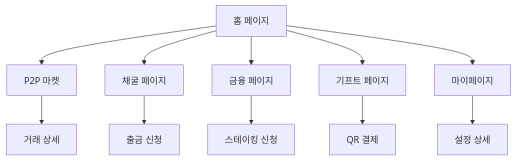
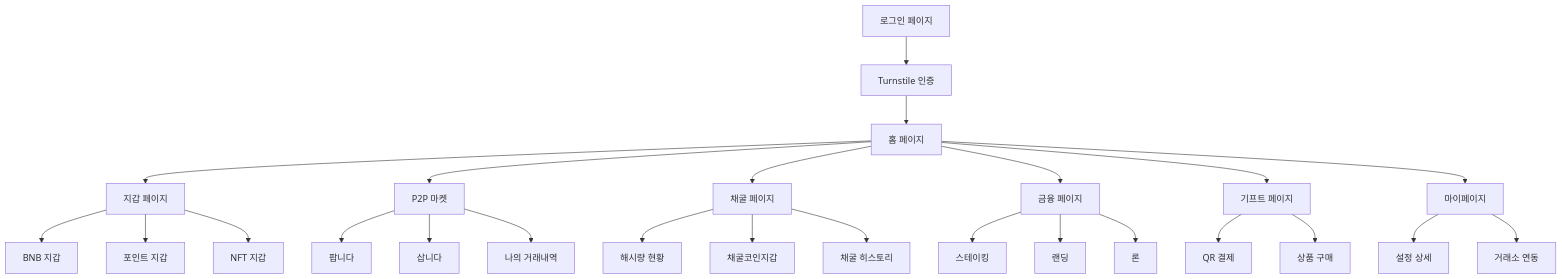
One commit to big-kim/castle changed the diagram in .trae/documents/IC_Wallet_PRD.md. Above: the diagram before and after it, drawn with Mermaid. The commit also changed other lines of this file and 53 other files, not shown here.

````diff
--- a/.trae/documents/IC_Wallet_PRD.md
+++ b/.trae/documents/IC_Wallet_PRD.md
@@ -61,13 +92,27 @@
 ```mermaid
 graph TD
-  A[홈 페이지] --> B[P2P 마켓]
+  L[로그인 페이지] --> T[Turnstile 인증]
+  T --> A[홈 페이지]
+  A --> W[지갑 페이지]
+  A --> B[P2P 마켓]
   A --> C[채굴 페이지]
   A --> D[금융 페이지]
   A --> E[기프트 페이지]
   A --> F[마이페이지]
-  B --> G[거래 상세]
-  C --> H[출금 신청]
-  D --> I[스테이킹 신청]
+  W --> W1[BNB 지갑]
+  W --> W2[포인트 지갑]
+  W --> W3[NFT 지갑]
+  B --> B1[팝니다]
+  B --> B2[삽니다]
+  B --> B3[나의 거래내역]
+  C --> C1[해시량 현황]
+  C --> C2[채굴코인지갑]
+  C --> M[채굴 히스토리]
+  D --> D1[스테이킹]
+  D --> D2[랜딩]
+  D --> D3[론]
   E --> J[QR 결제]
+  E --> P[상품 구매]
   F --> K[설정 상세]
+  F --> Q[거래소 연동]
 ```
````
